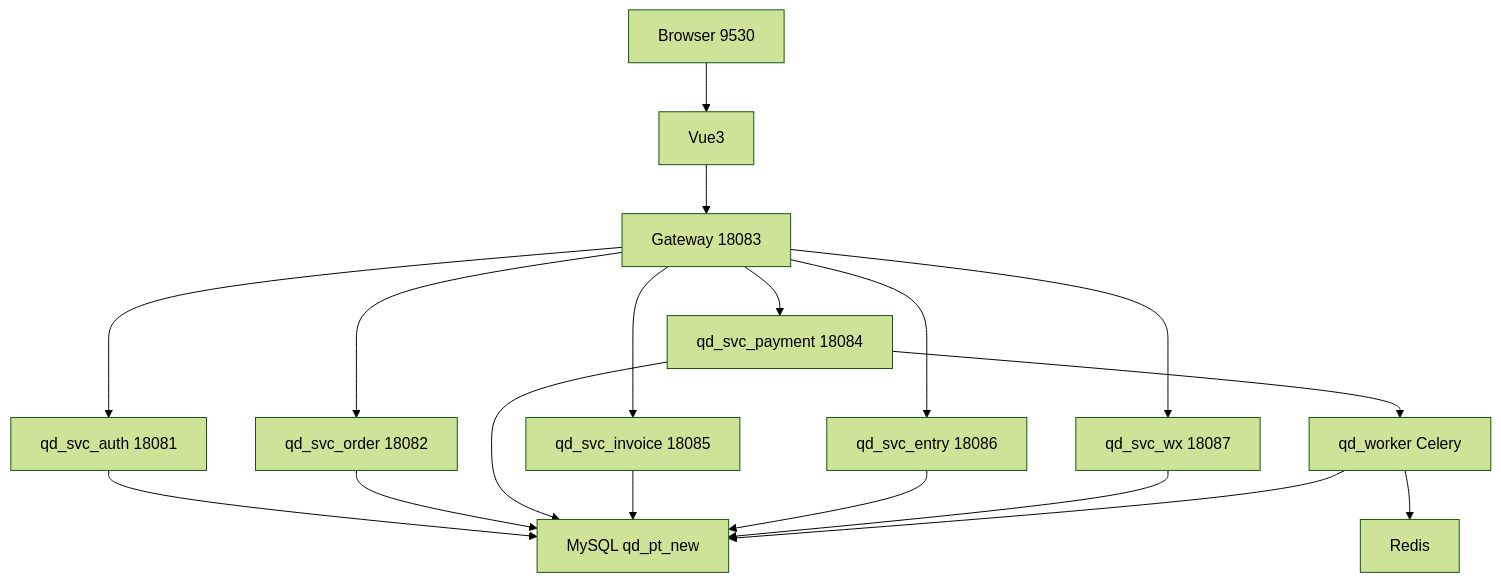
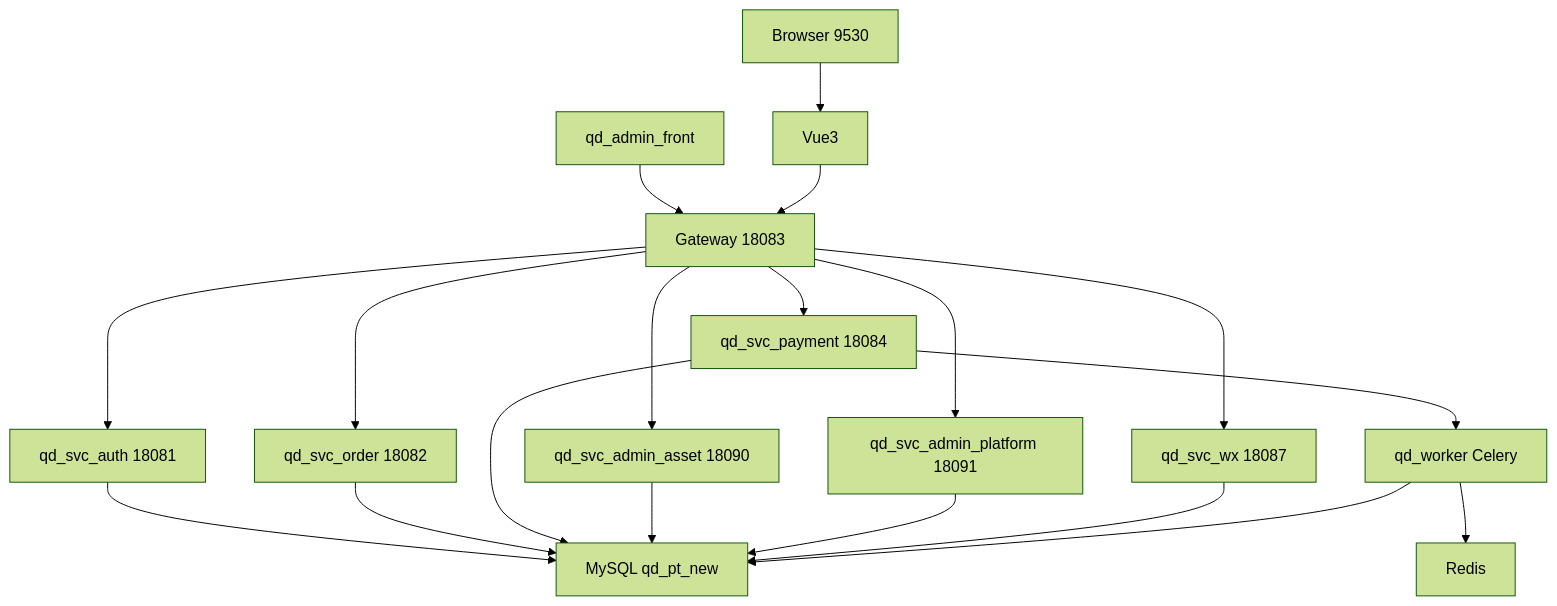
Before and after one commit to TZTANG97/utoo-pydjango: the second of 6 diagrams in README.md, drawn with Mermaid (forest theme). The commit also changed other lines of this file and 586 other files, not shown here.

````diff
--- a/README.md
+++ b/README.md
@@ -66,20 +70,21 @@
 ```mermaid
 graph TB
   Browser[Browser 9530] --> Vite[Vue3]
+  AdminFE[qd_admin_front] --> GW
   Vite --> GW[Gateway 18083]
   GW --> Auth[qd_svc_auth 18081]
   GW --> Order[qd_svc_order 18082]
   GW --> Pay[qd_svc_payment 18084]
-  GW --> Inv[qd_svc_invoice 18085]
-  GW --> Entry[qd_svc_entry 18086]
+  GW --> Asset[qd_svc_admin_asset 18090]
+  GW --> Platform[qd_svc_admin_platform 18091]
   GW --> Wx[qd_svc_wx 18087]
   Auth --> DB[MySQL qd_pt_new]
   Order --> DB
   Pay --> DB
-  Inv --> DB
-  Entry --> DB
+  Asset --> DB
+  Platform --> DB
   Wx --> DB
   Pay --> Worker[qd_worker Celery]
   Worker --> Redis[Redis]
   Worker --> DB
 ```
````
